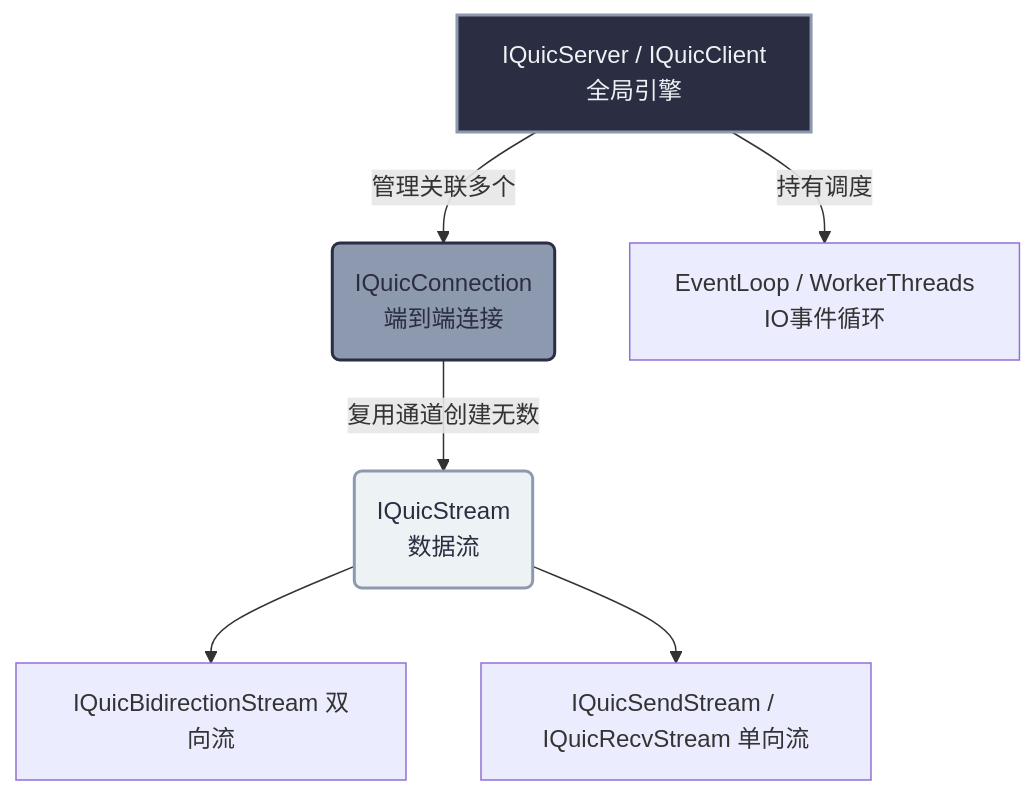
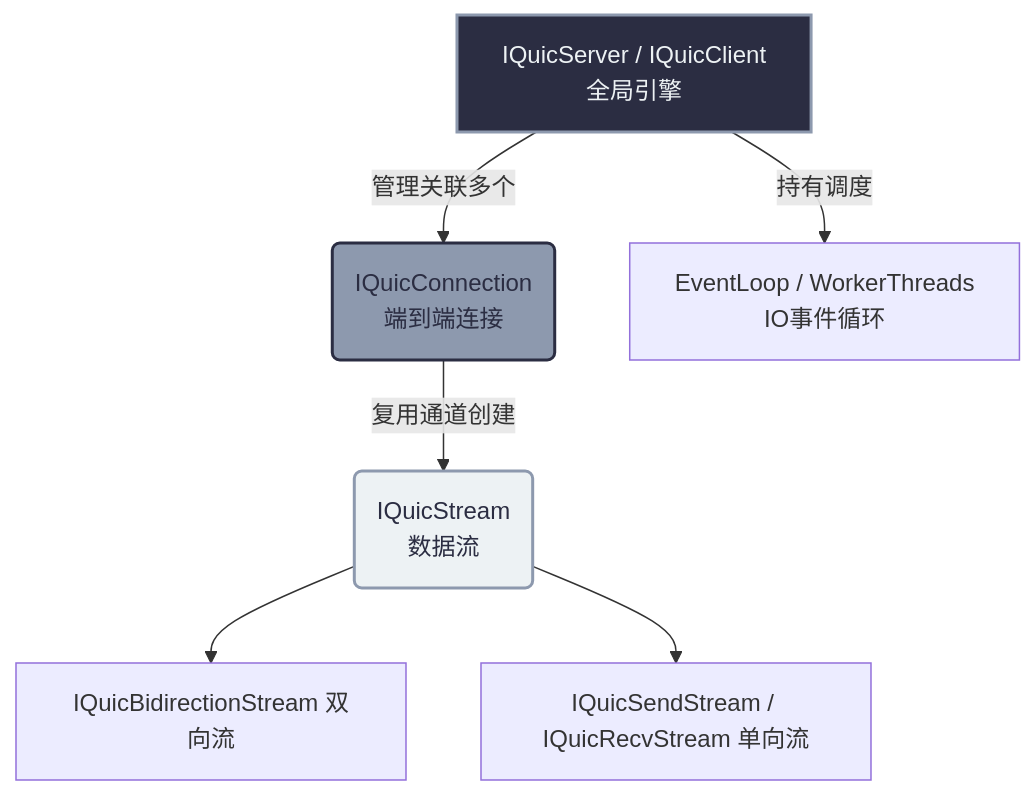
Before and after one commit to caozhiyi/quicX: the diagram in docs/zh/tutorial/quic_api_guide.md, drawn with Mermaid. The commit also changed other lines of this file and 85 other files, not shown here.

````diff
--- a/docs/zh/tutorial/quic_api_guide.md
+++ b/docs/zh/tutorial/quic_api_guide.md
@@ -13,12 +13,12 @@
 ```mermaid
 graph TD
     A[IQuicServer / IQuicClient<br>全局引擎] -->|管理关联多个| B(IQuicConnection<br>端到端连接)
     A -->|持有调度| F[EventLoop / WorkerThreads<br>IO事件循环]
-    B -->|复用通道创建无数| C(IQuicStream<br>数据流)
+    B -->|复用通道创建| C(IQuicStream<br>数据流)
     C --> D[IQuicBidirectionStream 双向流]
     C --> E[IQuicSendStream / IQuicRecvStream 单向流]
     
     style A fill:#2b2d42,stroke:#8d99ae,stroke-width:2px,color:#edf2f4
     style B fill:#8d99ae,stroke:#2b2d42,stroke-width:2px,color:#2b2d42
     style C fill:#edf2f4,stroke:#8d99ae,stroke-width:2px,color:#2b2d42
 ```
````
